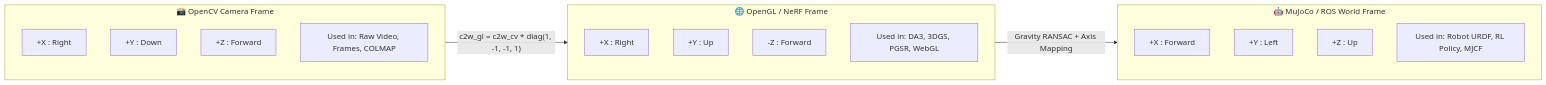
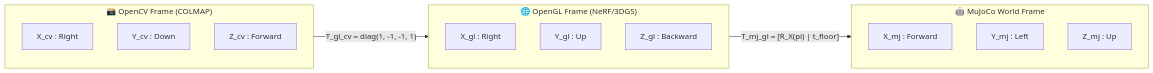
Before and after one commit to huytrao/Video-to-terrain: the seventh of 8 diagrams in docs/architecture/architecture-graph.md, drawn with Mermaid. The commit also changed other lines of this file and 49 other files, not shown here.

````diff
--- a/docs/architecture/architecture-graph.md
+++ b/docs/architecture/architecture-graph.md
@@ -138,29 +395,23 @@
 ```mermaid
 graph LR
-    subgraph OpenCV ["📸 OpenCV Camera Frame"]
-        direction TB
-        CV_X["+X : Right"]
-        CV_Y["+Y : Down"]
-        CV_Z["+Z : Forward"]
-        CV_Desc["Used in: Raw Video, Frames, COLMAP"]
+    subgraph CV_System ["📸 OpenCV Frame (COLMAP)"]
+        CV_X["X_cv : Right"]
+        CV_Y["Y_cv : Down"]
+        CV_Z["Z_cv : Forward"]
     end
 
-    subgraph OpenGL ["🌐 OpenGL / NeRF Frame"]
-        direction TB
-        GL_X["+X : Right"]
-        GL_Y["+Y : Up"]
-        GL_Z["-Z : Forward"]
-        GL_Desc["Used in: DA3, 3DGS, PGSR, WebGL"]
+    subgraph GL_System ["🌐 OpenGL Frame (NeRF/3DGS)"]
+        GL_X["X_gl : Right"]
+        GL_Y["Y_gl : Up"]
+        GL_Z["Z_gl : Backward"]
     end
 
-    subgraph MuJoCo ["🤖 MuJoCo / ROS World Frame"]
-        direction TB
-        MJ_X["+X : Forward"]
-        MJ_Y["+Y : Left"]
-        MJ_Z["+Z : Up"]
-        MJ_Desc["Used in: Robot URDF, RL Policy, MJCF"]
+    subgraph MJ_System ["🤖 MuJoCo World Frame"]
+        MJ_X["X_mj : Forward"]
+        MJ_Y["Y_mj : Left"]
+        MJ_Z["Z_mj : Up"]
     end
 
-    OpenCV -- "c2w_gl = c2w_cv * diag(1, -1, -1, 1)" --> OpenGL
-    OpenGL -- "Gravity RANSAC + Axis Mapping" --> MuJoCo
+    CV_System -- "T_gl_cv = diag(1, -1, -1, 1)" --> GL_System
+    GL_System -- "T_mj_gl = [R_X(pi) | t_floor]" --> MJ_System
 ```
````
